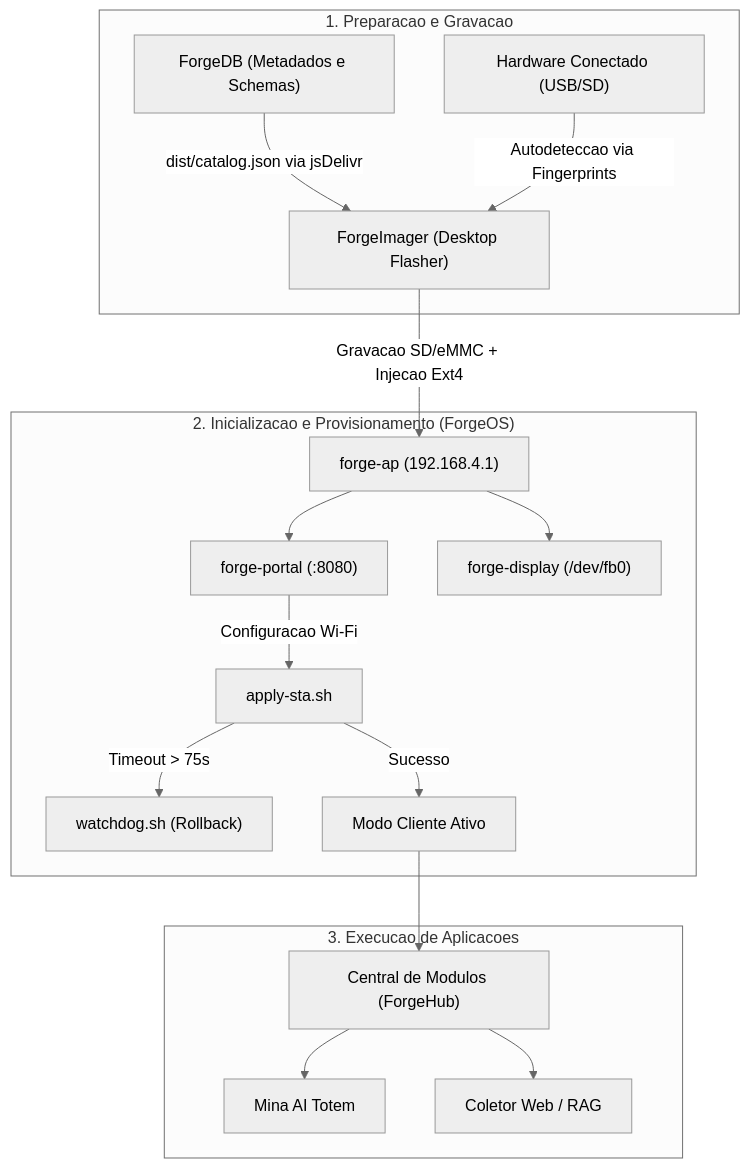
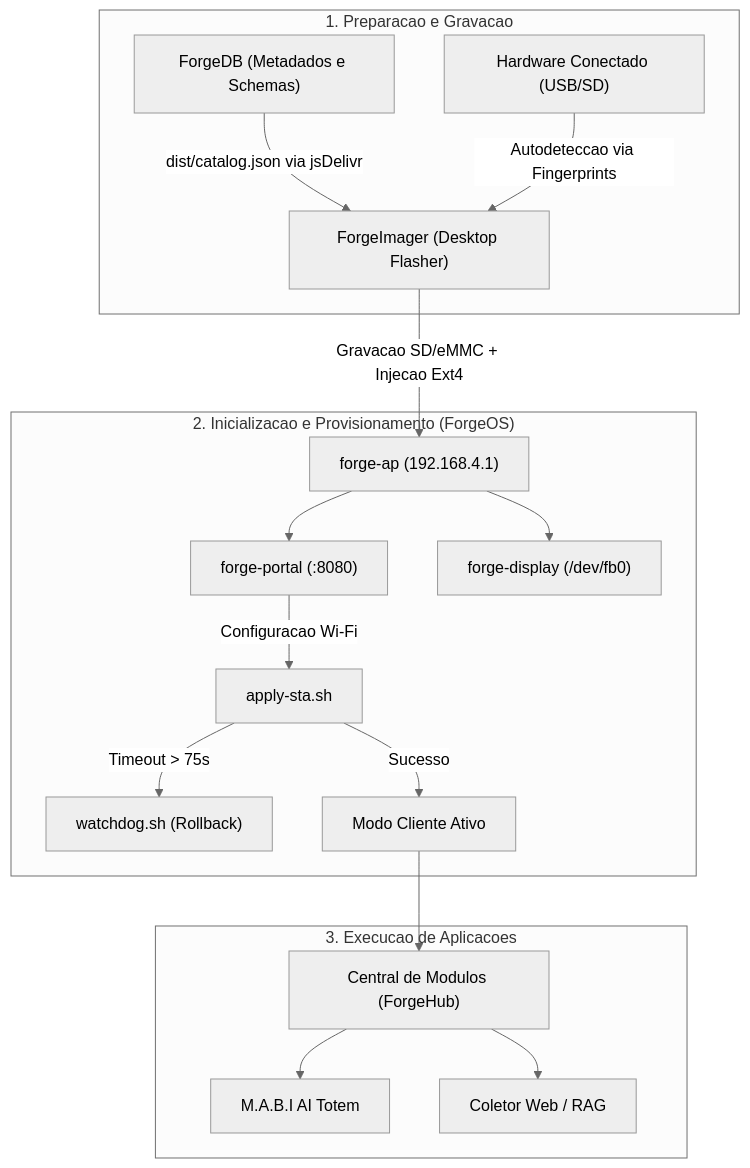
Before and after one commit to multi-forge/multi-forge: the diagram in README.md, drawn with Mermaid (neutral theme). The commit also changed other lines of this file and 2 other files, not shown here.

````diff
--- a/README.md
+++ b/README.md
@@ -58,22 +58,22 @@
 ```mermaid
 flowchart TD
     subgraph Preparacao ["1. Preparacao e Gravacao"]
         FDB["ForgeDB (Metadados e Schemas)"] -->|"dist/catalog.json via jsDelivr"| FI["ForgeImager (Desktop Flasher)"]
         HW["Hardware Conectado (USB/SD)"] -->|"Autodeteccao via Fingerprints"| FI
     end
 
     subgraph Boot ["2. Inicializacao e Provisionamento (ForgeOS)"]
         FI -->|"Gravacao SD/eMMC + Injecao Ext4"| AP["forge-ap (192.168.4.1)"]
         AP --> PORTAL["forge-portal (:8080)"]
         AP --> HDMI["forge-display (/dev/fb0)"]
         PORTAL -->|"Configuracao Wi-Fi"| APPLY["apply-sta.sh"]
         APPLY -->|"Timeout > 75s"| WD["watchdog.sh (Rollback)"]
         APPLY -->|"Sucesso"| CLI["Modo Cliente Ativo"]
     end
 
     subgraph Modulos ["3. Execucao de Aplicacoes"]
         CLI --> HUB["Central de Modulos (ForgeHub)"]
-        HUB --> MOD1["Mina AI Totem"]
+        HUB --> MOD1["M.A.B.I AI Totem"]
         HUB --> MOD2["Coletor Web / RAG"]
     end
 ```
````
